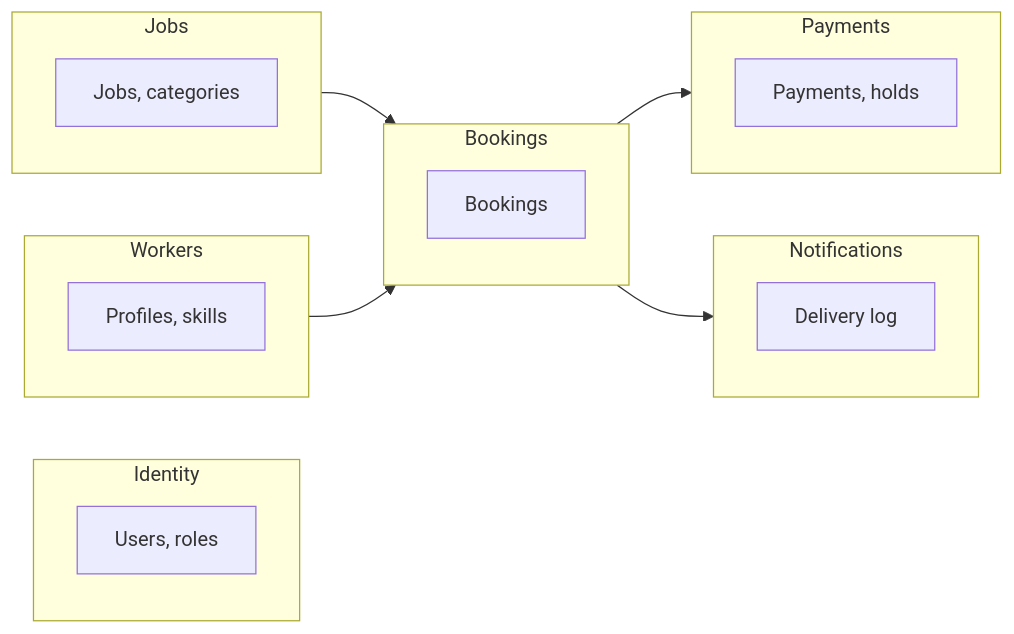
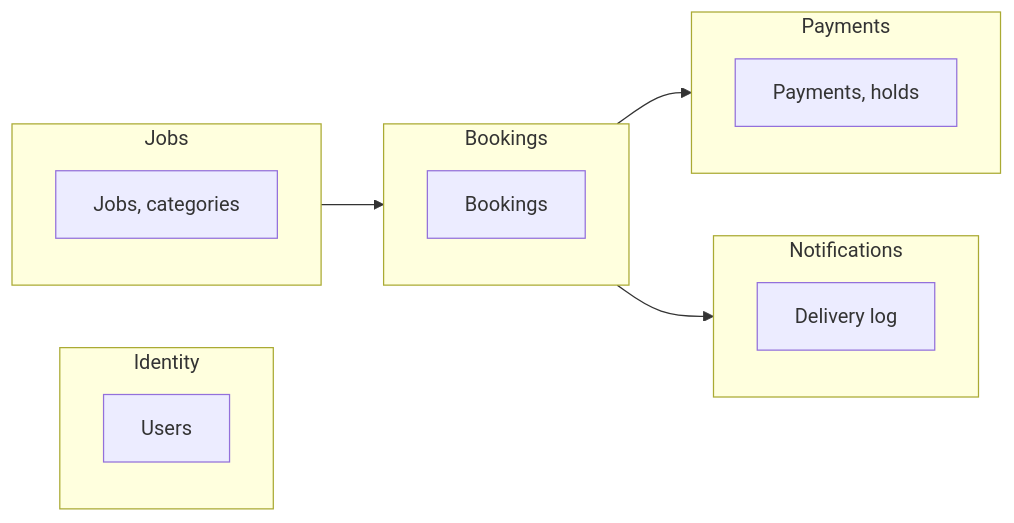
One commit to oukhali99/gig-platform-demo changed the diagram in docs/03-service-catalog.md. Above: the diagram before and after it, drawn with Mermaid. The commit also changed other lines of this file and 14 other files, not shown here.

````diff
--- a/docs/03-service-catalog.md
+++ b/docs/03-service-catalog.md
@@ -5,25 +5,21 @@
 ```mermaid
 flowchart LR
   subgraph Identity [Identity]
-    I1[Users, roles]
+    I1[Users]
   end
   subgraph Jobs [Jobs]
     J1[Jobs, categories]
-  end
-  subgraph Workers [Workers]
-    W1[Profiles, skills]
   end
   subgraph Bookings [Bookings]
     B1[Bookings]
   end
   subgraph Payments [Payments]
     P1[Payments, holds]
   end
   subgraph Notifications [Notifications]
     N1[Delivery log]
   end
   Jobs --> Bookings
-  Workers --> Bookings
   Bookings --> Payments
   Bookings --> Notifications
 ```
````
